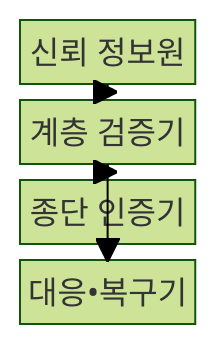
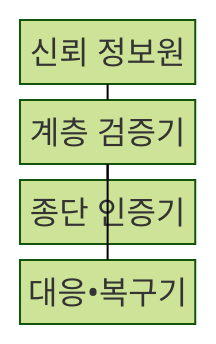
One commit to agnusdei1207/knowledge-base changed the first of 2 diagrams in src/content/docs/notes/04-network/086_network_spoofing.md. Above: the diagram before and after it, drawn with Mermaid (forest theme). The commit also changed other lines of this file and 493 other files, not shown here.

````diff
--- a/src/content/docs/notes/04-network/086_network_spoofing.md
+++ b/src/content/docs/notes/04-network/086_network_spoofing.md
@@ -65,11 +65,11 @@
 ```mermaid
 block-beta
     columns 1
     SOURCE["신뢰 정보원"]
     LAYER["계층 검증기"]
     ENDPOINT["종단 인증기"]
     RECOVERY["대응•복구기"]
-    SOURCE --> LAYER
-    LAYER --> ENDPOINT
-    LAYER --> RECOVERY
+    SOURCE --- LAYER
+    LAYER --- ENDPOINT
+    LAYER --- RECOVERY
 ```
````
